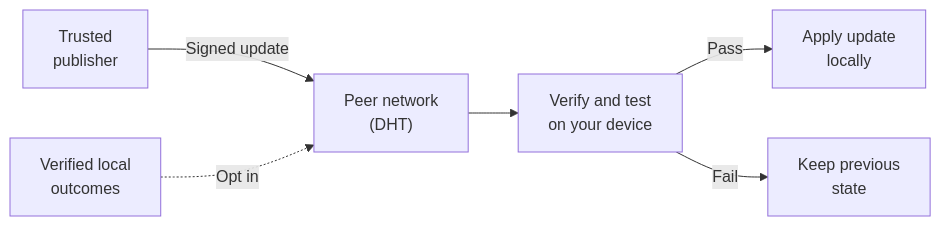
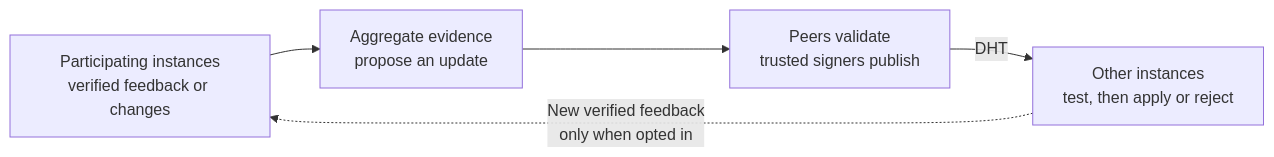
One commit to spencernorton/armiger changed the diagram in docs/distributed-updates.md. Above: the diagram before and after it, drawn with Mermaid. The commit also changed other lines of this file and 1 other file, not shown here.

Commit message:
Show the distributed learning feedback loop

````diff
--- a/docs/distributed-updates.md
+++ b/docs/distributed-updates.md
@@ -20,8 +20,7 @@
 ```mermaid
 flowchart LR
-    publisher["Trusted<br/>publisher"] -->|Signed update| network["Peer network<br/>(DHT)"]
-    outcomes["Verified local<br/>outcomes"] -. "Opt in" .-> network
-    network --> checks["Verify and test<br/>on your device"]
-    checks -->|Pass| apply["Apply update<br/>locally"]
-    checks -->|Fail| keep["Keep previous<br/>state"]
+    feedback["Participating instances<br/>verified feedback or changes"] --> build["Aggregate evidence<br/>propose an update"]
+    build --> review["Peers validate<br/>trusted signers publish"]
+    review -->|DHT| receive["Other instances<br/>test, then apply or reject"]
+    receive -. "New verified feedback<br/>only when opted in" .-> feedback
 ```
````
